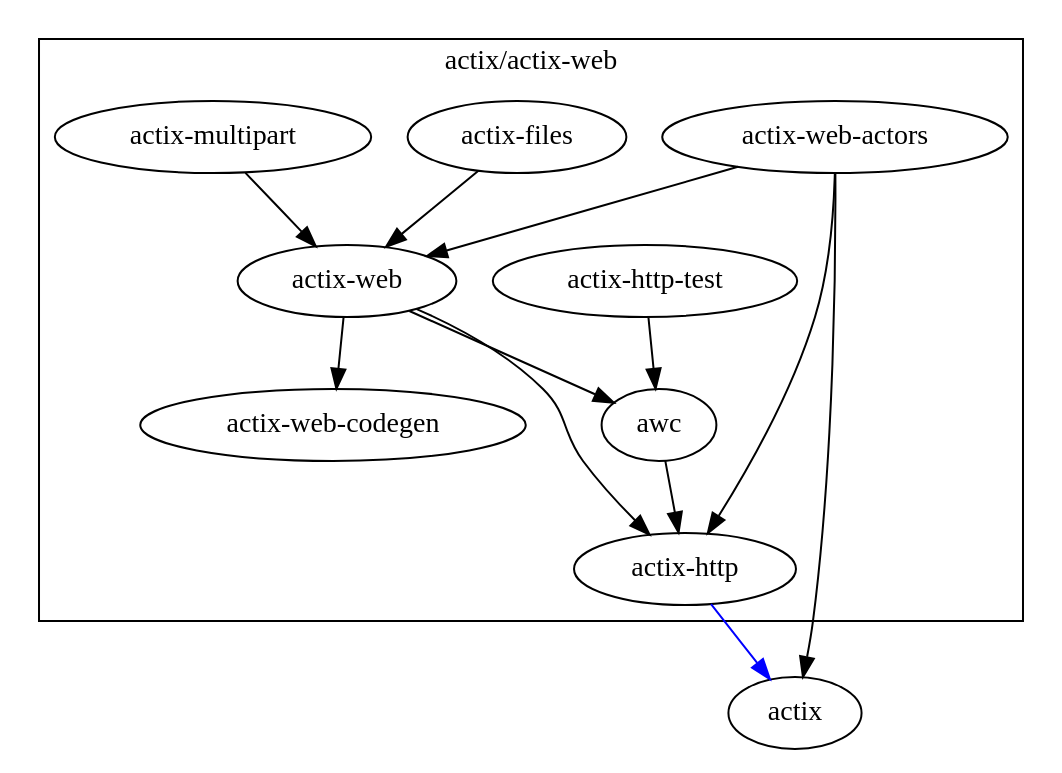
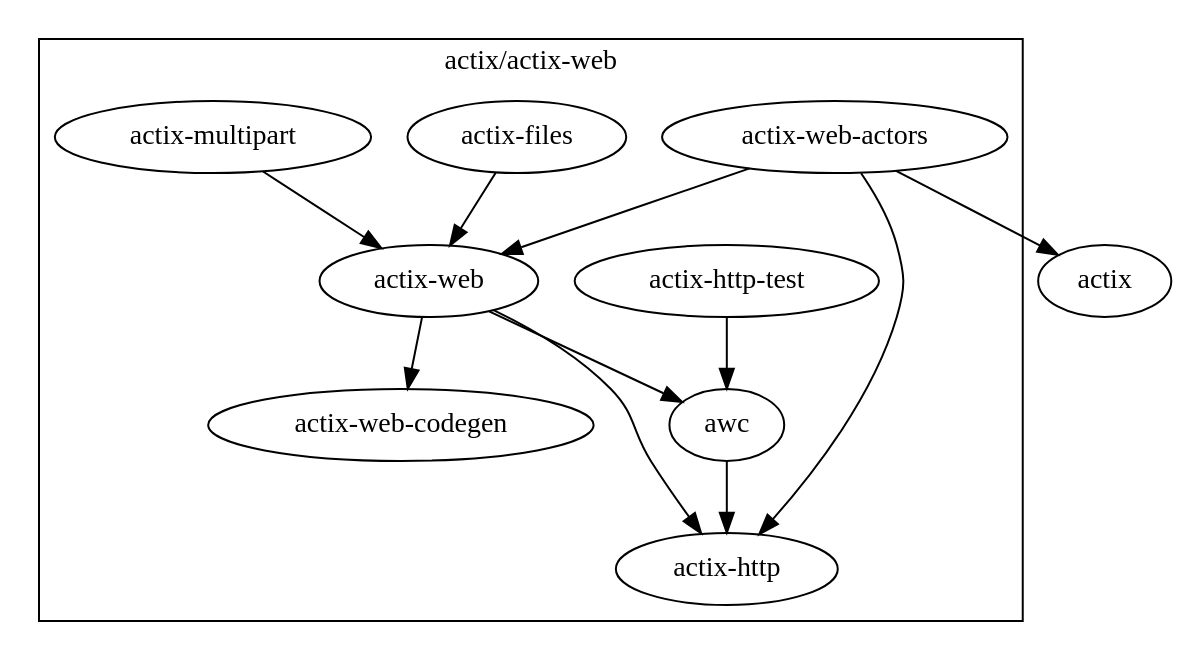
Before and after one commit to Cherry-Pooh/actix-web: the diagram in docs/graphs/web-only.dot, drawn with Graphviz. The commit also changed 37 other files, not shown here.

```diff
--- a/docs/graphs/web-only.dot
+++ b/docs/graphs/web-only.dot
@@ -1,21 +1,20 @@
 digraph {
     subgraph cluster_web {
         label="actix/actix-web"
         "awc"
         "actix-web"
         "actix-files"
         "actix-http"
         "actix-multipart"
         "actix-web-actors"
         "actix-web-codegen"
         "actix-http-test"
     }
 
     "actix-web" -> { "actix-web-codegen" "actix-http" "awc" }
     "awc" -> { "actix-http" }
     "actix-web-actors" -> { "actix" "actix-web" "actix-http" }
     "actix-multipart" -> { "actix-web" }
-    "actix-http" -> { "actix" }[color=blue] // optional
     "actix-files" -> { "actix-web" }
     "actix-http-test" -> { "awc" }
 }
```
